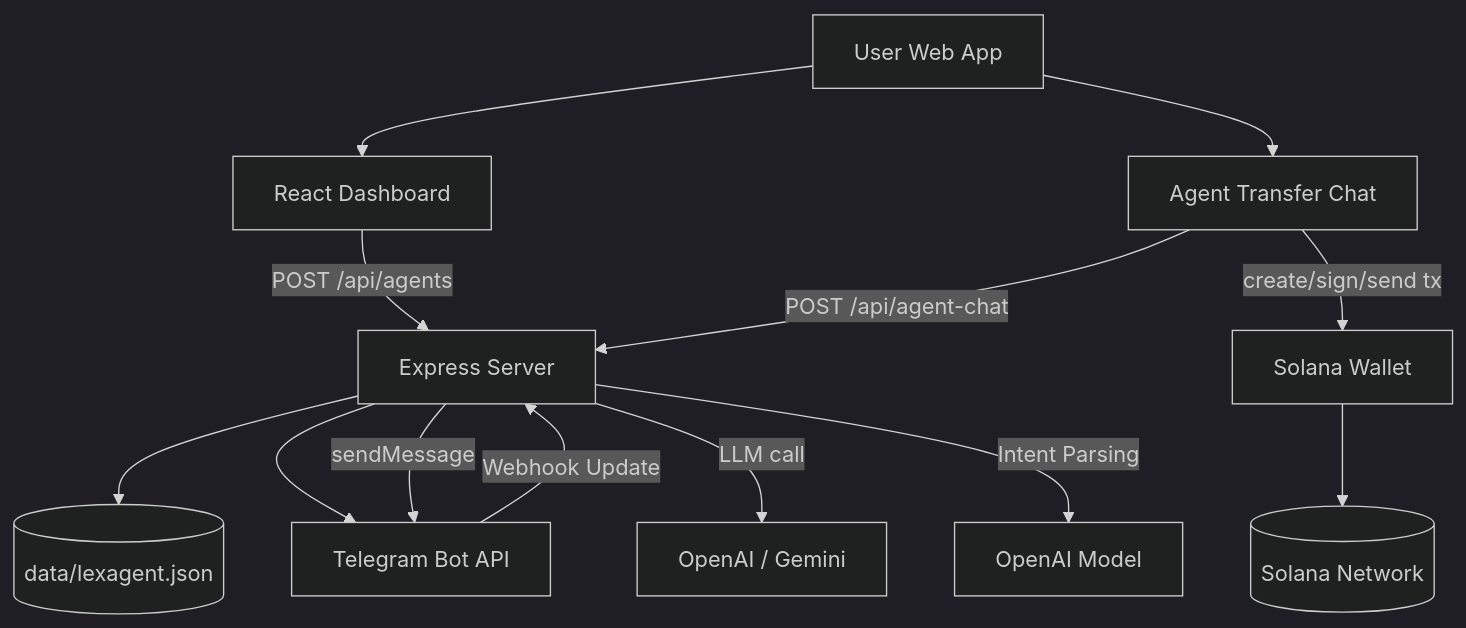
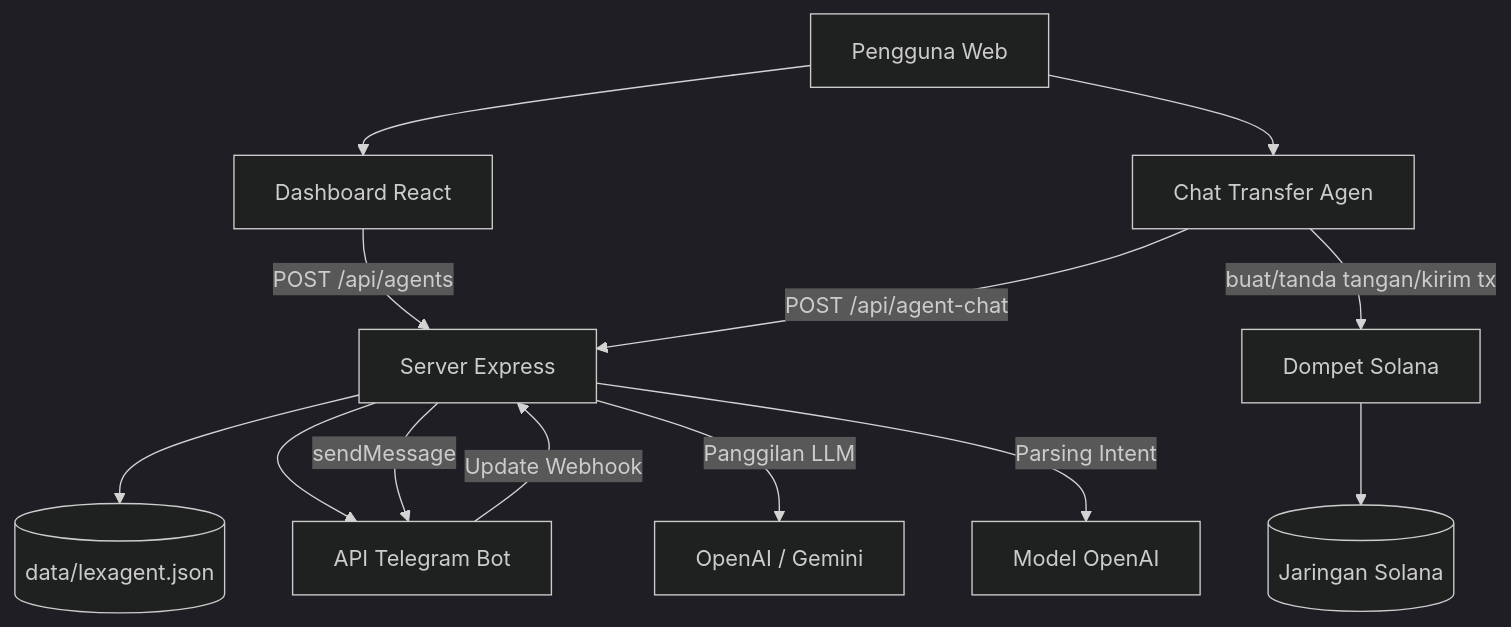
Before and after one commit to jennitsme/Lexagent: the diagram in README.md, drawn with Mermaid (dark theme). The commit also changed other lines of this file, not shown here.

````diff
--- a/README.md
+++ b/README.md
@@ -118,16 +118,16 @@
 ```mermaid
 flowchart TD
-    U[User Web App] --> F[React Dashboard]
-    F -->|POST /api/agents| B[Express Server]
+    U[Pengguna Web] --> F[Dashboard React]
+    F -->|POST /api/agents| B[Server Express]
     B --> D[(data/lexagent.json)]
-    B --> T[Telegram Bot API]
-    T -->|Webhook Update| B
-    B -->|LLM call| L[OpenAI / Gemini]
+    B --> T[API Telegram Bot]
+    T -->|Update Webhook| B
+    B -->|Panggilan LLM| L[OpenAI / Gemini]
     B -->|sendMessage| T
 
-    U --> C[Agent Transfer Chat]
+    U --> C[Chat Transfer Agen]
     C -->|POST /api/agent-chat| B
-    B -->|Intent Parsing| O[OpenAI Model]
-    C -->|create/sign/send tx| S[Solana Wallet]
-    S --> N[(Solana Network)]
+    B -->|Parsing Intent| O[Model OpenAI]
+    C -->|buat/tanda tangan/kirim tx| S[Dompet Solana]
+    S --> N[(Jaringan Solana)]
 ```
````
